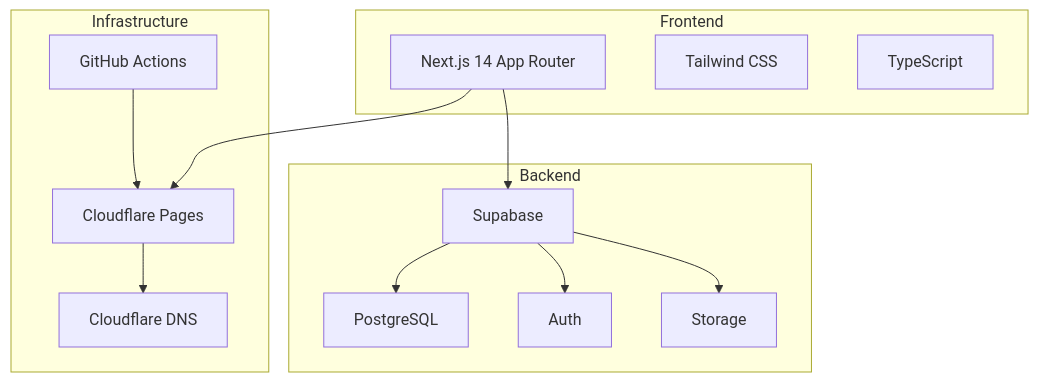
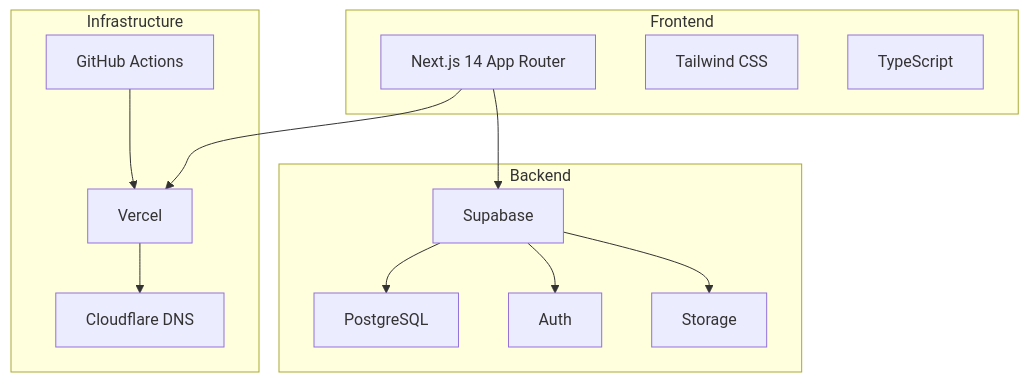
Before and after one commit to Rhine-Solution/rhineofficialsite: the second of 3 diagrams in roadmap.mmd, drawn with Mermaid. The commit also changed other lines of this file and 21 other files, not shown here.

````diff
--- a/roadmap.mmd
+++ b/roadmap.mmd
@@ -112,29 +112,29 @@
 ```mermaid
 graph TD
     subgraph Frontend
         A[Next.js 14 App Router]
         B[Tailwind CSS]
         C[TypeScript]
     end
     
     subgraph Backend
         D[Supabase]
         E[PostgreSQL]
         F[Auth]
         G[Storage]
     end
     
     subgraph Infrastructure
-        H[Cloudflare Pages]
+        H[Vercel]
         I[Cloudflare DNS]
         J[GitHub Actions]
     end
     
     A --> D
     A --> H
     D --> E
     D --> F
     D --> G
     H --> I
     J --> H
 ```
````
